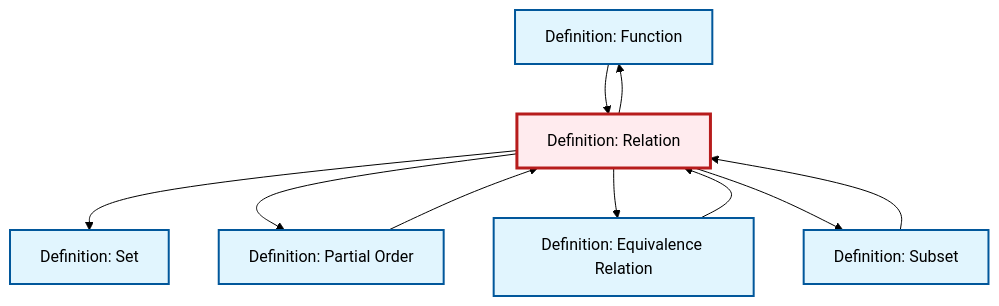
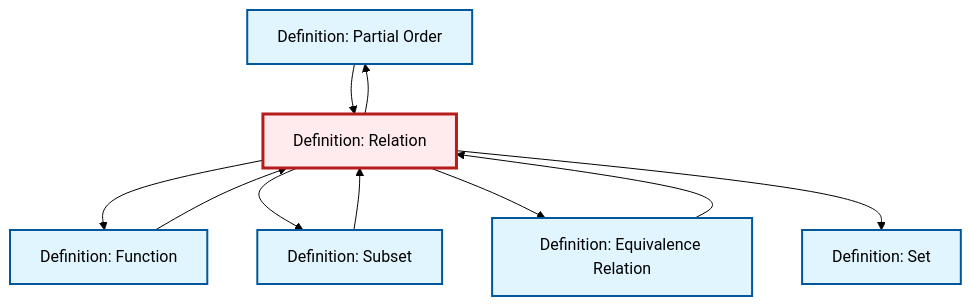
One commit to RK0429/ModernMath changed the diagram in content/en/logic-set-theory/def-relation.qmd. Above: the diagram before and after it, drawn with Mermaid (forest theme). The commit also changed other lines of this file and 597 other files, not shown here.

````diff
--- a/content/en/logic-set-theory/def-relation.qmd
+++ b/content/en/logic-set-theory/def-relation.qmd
@@ -90,30 +90,30 @@
 ```{mermaid}
 %%| fig-cap: "Local dependency graph"
 graph TD
     classDef definition fill:#e1f5fe,stroke:#01579b,stroke-width:2px
     classDef theorem fill:#f3e5f5,stroke:#4a148c,stroke-width:2px
     classDef axiom fill:#fff3e0,stroke:#e65100,stroke-width:2px
     classDef example fill:#e8f5e9,stroke:#1b5e20,stroke-width:2px
     classDef current fill:#ffebee,stroke:#b71c1c,stroke-width:3px
-    def-function["Definition: Function"]:::definition
+    def-partial-order["Definition: Partial Order"]:::definition
     def-subset["Definition: Subset"]:::definition
     def-equivalence-relation["Definition: Equivalence Relation"]:::definition
-    def-partial-order["Definition: Partial Order"]:::definition
+    def-function["Definition: Function"]:::definition
+    def-set["Definition: Set"]:::definition
     def-relation["Definition: Relation"]:::definition
-    def-set["Definition: Set"]:::definition
-    def-subset --> def-relation
+    def-relation --> def-partial-order
     def-function --> def-relation
     def-relation --> def-function
+    def-partial-order --> def-relation
+    def-relation --> def-subset
+    def-subset --> def-relation
+    def-relation --> def-equivalence-relation
+    def-relation --> def-set
     def-equivalence-relation --> def-relation
-    def-relation --> def-set
-    def-relation --> def-partial-order
-    def-partial-order --> def-relation
-    def-relation --> def-equivalence-relation
-    def-relation --> def-subset
     class def-relation current
-    click def-function "def-function.html" "Go to Function definition"
+    click def-partial-order "def-partial-order.html" "Go to Partial Order definition"
     click def-subset "def-subset.html" "Go to Subset definition"
     click def-equivalence-relation "def-equivalence-relation.html" "Go to Equivalence Relation definition"
-    click def-partial-order "def-partial-order.html" "Go to Partial Order definition"
+    click def-function "def-function.html" "Go to Function definition"
     click def-set "def-set.html" "Go to Set definition"
 ```
````
